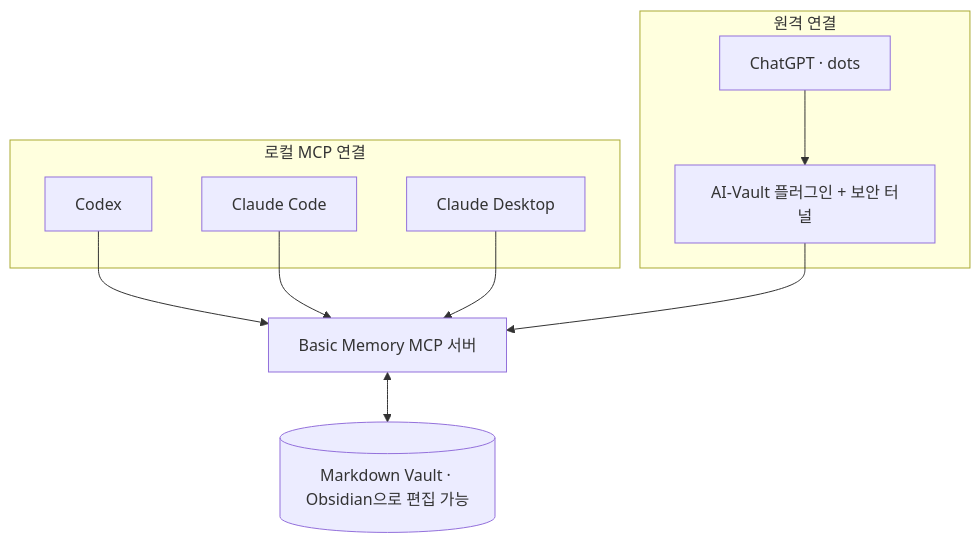
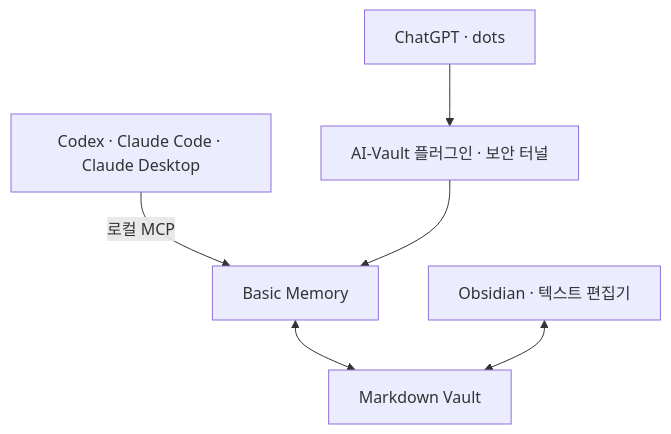
One commit to UiHyeon-Kim/ai-context-vault changed the diagram in README.md. Above: the diagram before and after it, drawn with Mermaid. The commit also changed other lines of this file, not shown here.

````diff
--- a/README.md
+++ b/README.md
@@ -18,16 +115,8 @@
 ```mermaid
 flowchart TB
-    subgraph local["로컬 MCP 연결"]
-        codex["Codex"]
-        cc["Claude Code"]
-        cd["Claude Desktop"]
-    end
-    subgraph web["원격 연결"]
-        gpt["ChatGPT · dots"] --> tunnel["AI-Vault 플러그인 + 보안 터널"]
-    end
-    codex --> bm["Basic Memory MCP 서버"]
-    cc --> bm
-    cd --> bm
-    tunnel --> bm
-    bm <--> vault[("Markdown Vault · Obsidian으로 편집 가능")]
+    local["Codex · Claude Code · Claude Desktop"] -->|로컬 MCP| memory["Basic Memory"]
+    remote["ChatGPT · dots"] --> tunnel["AI-Vault 플러그인 · 보안 터널"]
+    tunnel --> memory
+    memory <--> vault["Markdown Vault"]
+    obsidian["Obsidian · 텍스트 편집기"] <--> vault
 ```
````
